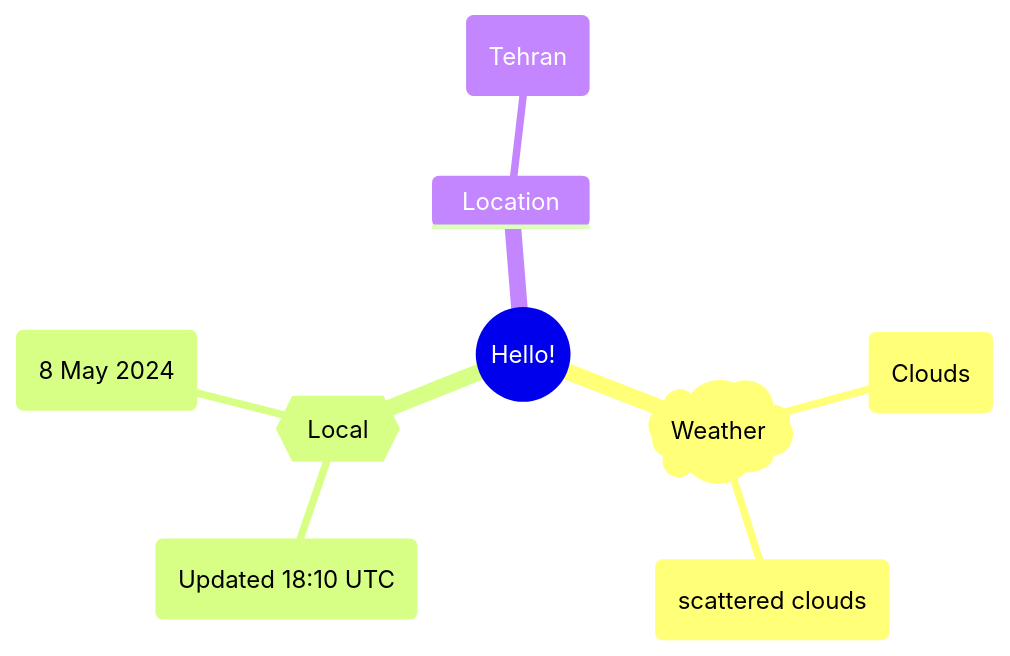
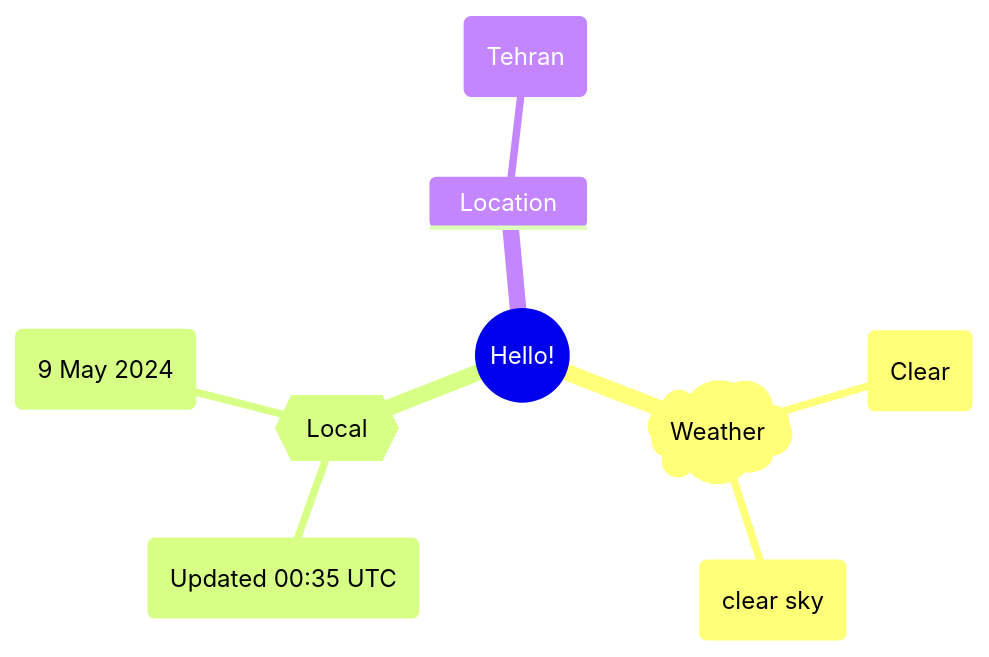
Before and after one commit to Xosrov/Xosrov: the first of 2 diagrams in README.md, drawn with Mermaid.

Commit message:
[bot] updated images

````diff
--- a/README.md
+++ b/README.md
@@ -3,12 +3,12 @@
 ```mermaid
 mindmap
   root((Hello!))
     )Weather(
-        (Clouds)
-        (scattered clouds)
+        (Clear)
+        (clear sky)
     {{Local}}
-        (Updated 18:10 UTC)
-        (8 May 2024)
+        (Updated 00:35 UTC)
+        (9 May 2024)
     Location
         (Tehran)
 ```
````
